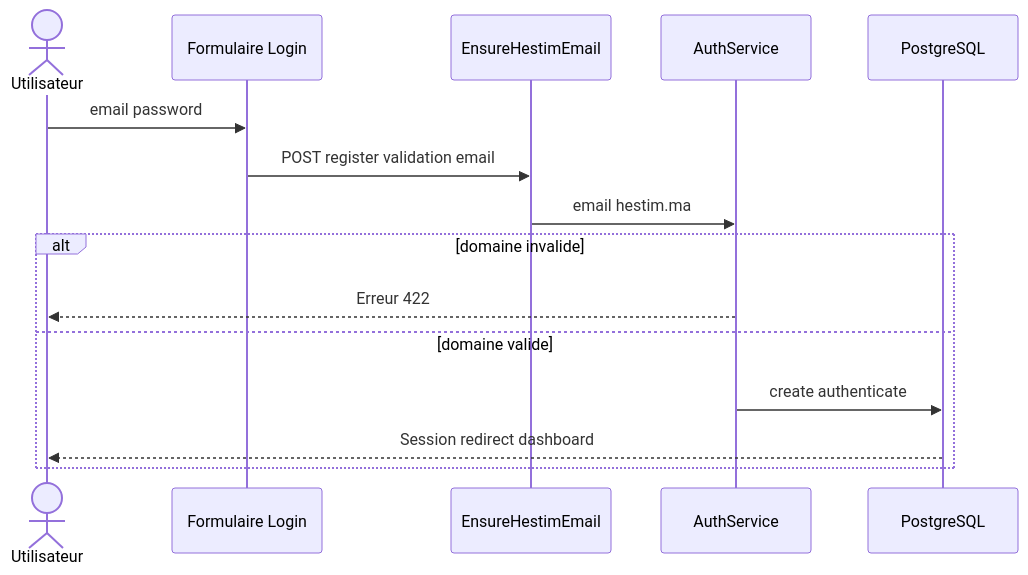
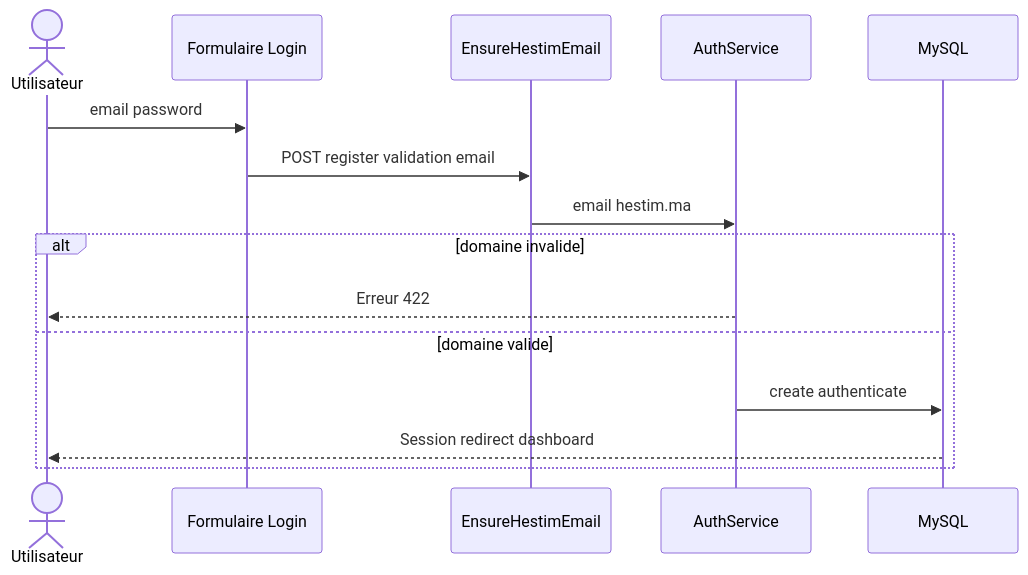
One commit to Claude20022002/StudyLib changed the sixth of 13 diagrams in docs/RAPPORT.md. Above: the diagram before and after it, drawn with Mermaid. The commit also changed other lines of this file and 1 other file, not shown here.

Commit message:
Mettre à jour la documentation pour refléter le changement de PostgreSQL 16 à MySQL 8 dans AGENT_CONTEXT.md et RAPPORT.md

````diff
--- a/docs/RAPPORT.md
+++ b/docs/RAPPORT.md
@@ -434,18 +434,18 @@
 ```mermaid
 sequenceDiagram
     actor U as Utilisateur
     participant F as Formulaire Login
     participant MW as EnsureHestimEmail
     participant AS as AuthService
-    participant DB as PostgreSQL
+    participant DB as MySQL
 
     U->>F: email password
     F->>MW: POST register validation email
     MW->>AS: email hestim.ma
     alt domaine invalide
         AS-->>U: Erreur 422
     else domaine valide
         AS->>DB: create authenticate
         DB-->>U: Session redirect dashboard
     end
 ```
````
